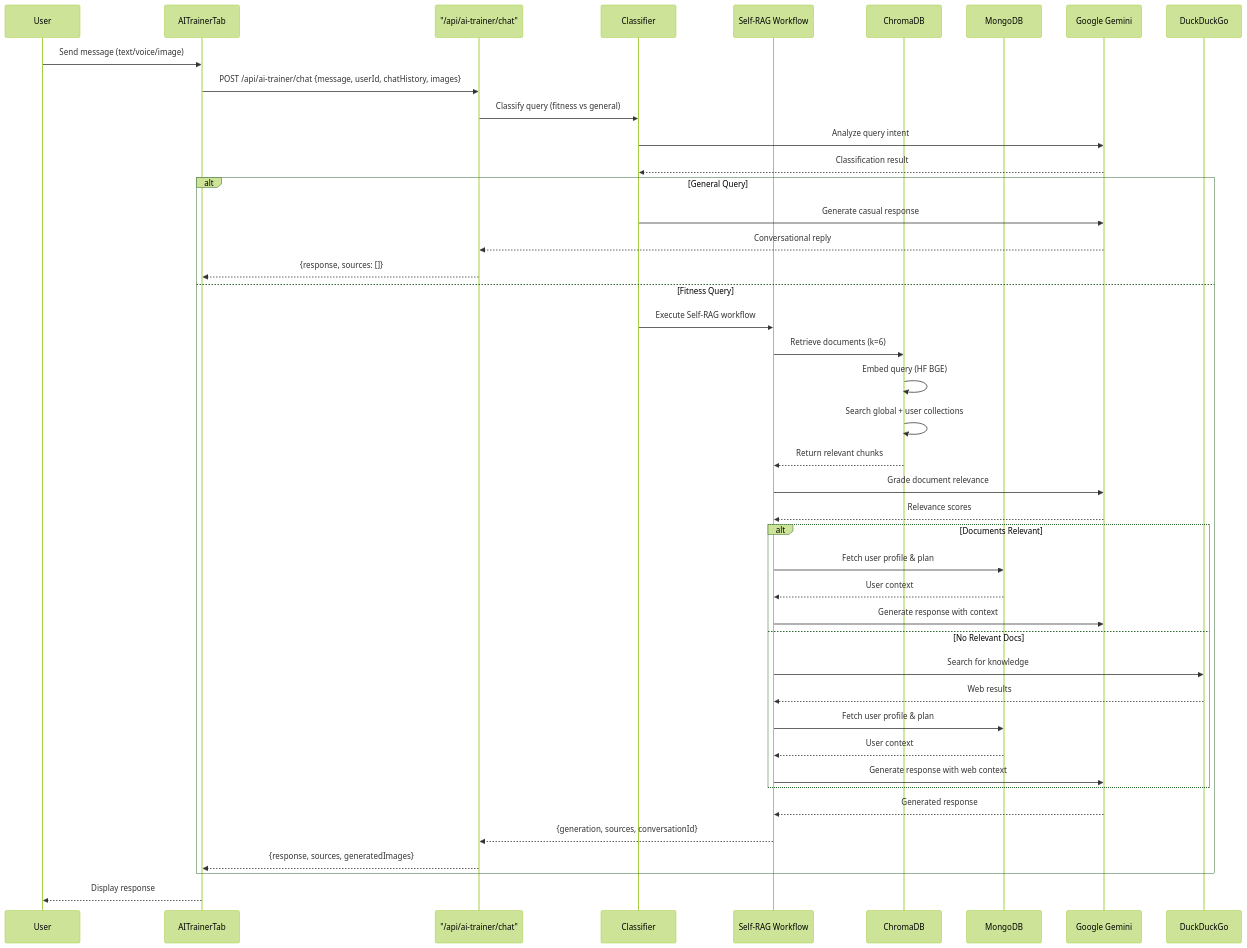
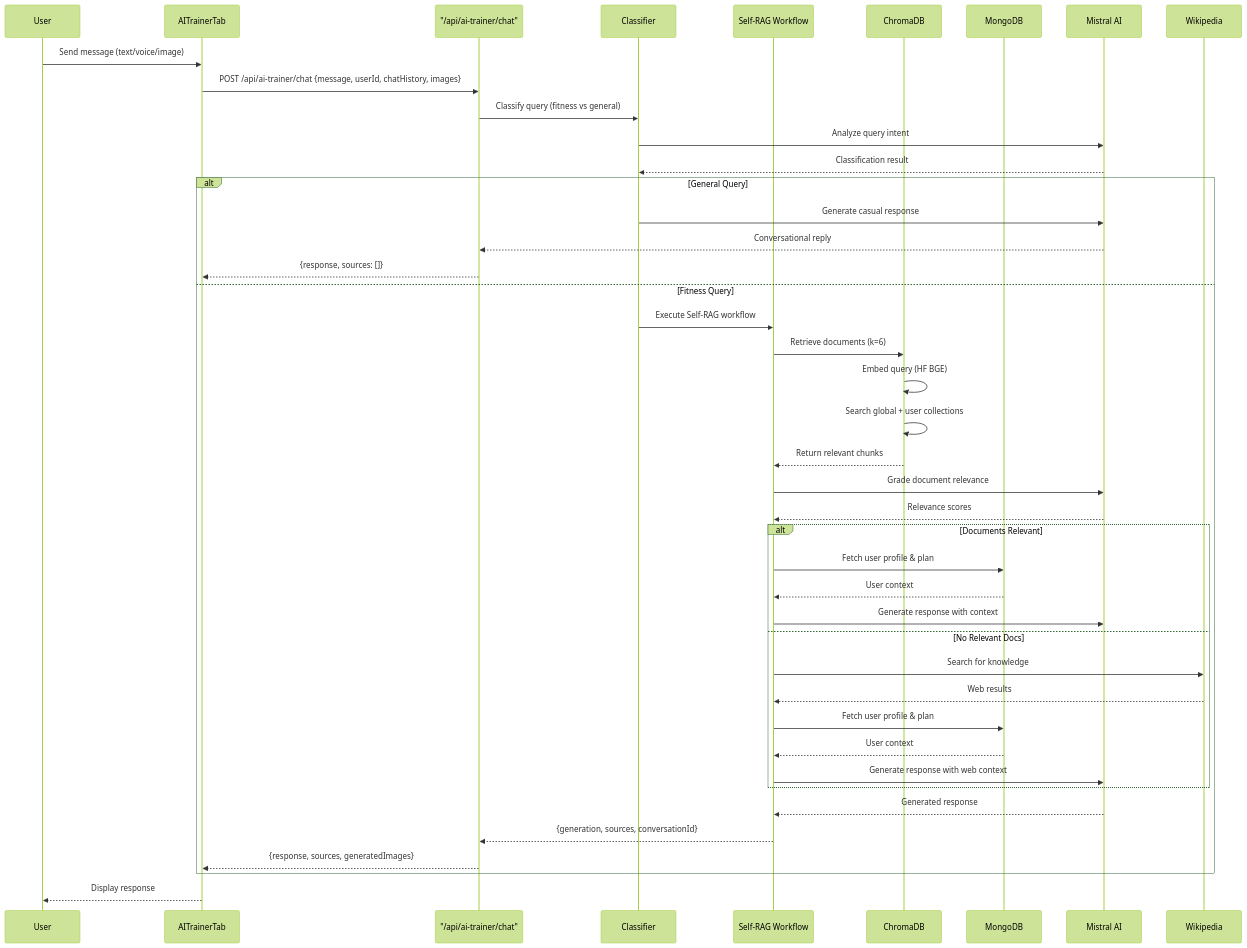
Before and after one commit to NEhIL06/zenfit: the third of 6 diagrams in README.md, drawn with Mermaid (forest theme). The commit also changed other lines of this file and 3 other files, not shown here.

Commit message:
feat: add dashboard page, integrate ChromaDB with custom embeddings, update AI models to Mistral and Gemini (audio), and switch web search to Wikipedia.

````diff
--- a/README.md
+++ b/README.md
@@ -299,53 +302,53 @@
 ```mermaid
 sequenceDiagram
     participant User
     participant Frontend as AITrainerTab
     participant API as "/api/ai-trainer/chat"
     participant Classifier
     participant RAG as Self-RAG Workflow
     participant VectorDB as ChromaDB
     participant MongoDB
-    participant Gemini as Google Gemini
-    participant WebSearch as DuckDuckGo
+    participant Mistral as Mistral AI
+    participant WebSearch as Wikipedia
 
     User->>Frontend: Send message (text/voice/image)
     Frontend->>API: POST /api/ai-trainer/chat {message, userId, chatHistory, images}
     
     API->>Classifier: Classify query (fitness vs general)
-    Classifier->>Gemini: Analyze query intent
-    Gemini-->>Classifier: Classification result
+    Classifier->>Mistral: Analyze query intent
+    Mistral-->>Classifier: Classification result
     
     alt General Query
-        Classifier->>Gemini: Generate casual response
-        Gemini-->>API: Conversational reply
+        Classifier->>Mistral: Generate casual response
+        Mistral-->>API: Conversational reply
         API-->>Frontend: {response, sources: []}
     else Fitness Query
         Classifier->>RAG: Execute Self-RAG workflow
         
         RAG->>VectorDB: Retrieve documents (k=6)
         VectorDB->>VectorDB: Embed query (HF BGE)
         VectorDB->>VectorDB: Search global + user collections
         VectorDB-->>RAG: Return relevant chunks
         
-        RAG->>Gemini: Grade document relevance
-        Gemini-->>RAG: Relevance scores
+        RAG->>Mistral: Grade document relevance
+        Mistral-->>RAG: Relevance scores
         
         alt Documents Relevant
             RAG->>MongoDB: Fetch user profile & plan
             MongoDB-->>RAG: User context
-            RAG->>Gemini: Generate response with context
+            RAG->>Mistral: Generate response with context
         else No Relevant Docs
             RAG->>WebSearch: Search for knowledge
             WebSearch-->>RAG: Web results
             RAG->>MongoDB: Fetch user profile & plan
             MongoDB-->>RAG: User context
-            RAG->>Gemini: Generate response with web context
+            RAG->>Mistral: Generate response with web context
         end
         
-        Gemini-->>RAG: Generated response
+        Mistral-->>RAG: Generated response
         RAG-->>API: {generation, sources, conversationId}
         API-->>Frontend: {response, sources, generatedImages}
     end
     
     Frontend-->>User: Display response
 ```
````
